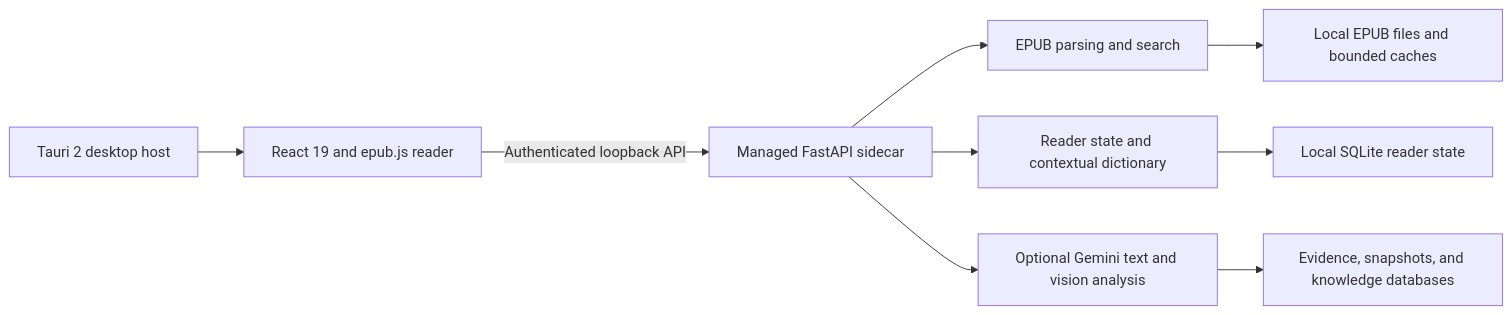
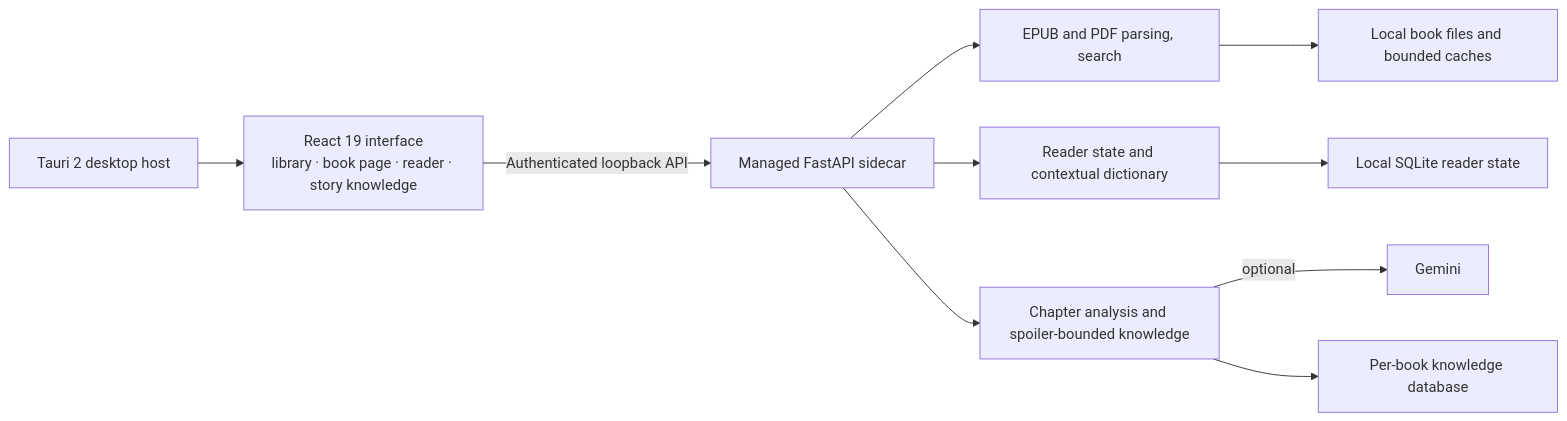
The diagram in README.md (youraverageguy-123/BookBuddy), drawn with Mermaid before and after one commit. The commit also changed other lines of this file and 28 other files, not shown here.

````diff
--- a/README.md
+++ b/README.md
@@ -174,13 +201,14 @@
 ```mermaid
 flowchart LR
-    A["Tauri 2 desktop host"] --> B["React 19 and epub.js reader"]
+    A["Tauri 2 desktop host"] --> B["React 19 interface<br/>library · book page · reader · story knowledge"]
     B -->|"Authenticated loopback API"| C["Managed FastAPI sidecar"]
 
-    C --> D["EPUB parsing and search"]
+    C --> D["EPUB and PDF parsing, search"]
     C --> E["Reader state and contextual dictionary"]
-    C --> F["Optional Gemini text and vision analysis"]
+    C --> F["Chapter analysis and spoiler-bounded knowledge"]
+    F -->|"optional"| J["Gemini"]
 
-    D --> G["Local EPUB files and bounded caches"]
+    D --> G["Local book files and bounded caches"]
     E --> H["Local SQLite reader state"]
-    F --> I["Evidence, snapshots, and knowledge databases"]
+    F --> I["Per-book knowledge database"]
 ```
````
